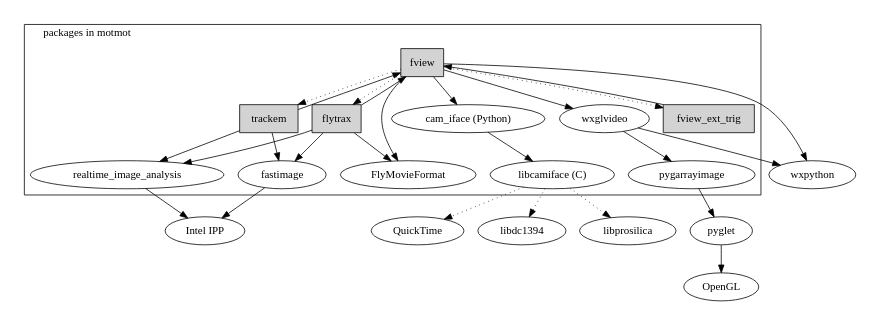
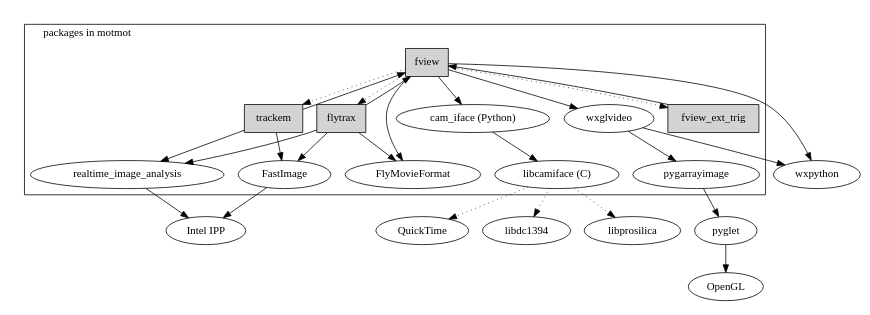
One commit to motmot/doc changed the diagram in source/motmot.dot. Above: the diagram before and after it, drawn with Graphviz.

Commit message:
docs: fix typo

```diff
--- a/source/motmot.dot
+++ b/source/motmot.dot
@@ -1,59 +1,61 @@
 digraph G {
   size ="6,4";
   subgraph cluster0 {
     cam_iface -> libcamiface;
     fview -> cam_iface;
     flytrax -> fview;
     fview_ext_trig -> fview;
     fview -> fview_ext_trig [style=dotted];
     wxglvideo -> pygarrayimage;
     fview -> wxglvideo;
     flytrax -> realtime_image_analysis;
     flytrax -> fastimage;
     fview -> FlyMovieFormat;
     flytrax -> FlyMovieFormat;
     fview -> flytrax [style=dotted];
     trackem -> fastimage;
     trackem -> realtime_image_analysis;
     fview -> trackem [style=dotted];
     trackem -> fview;
     labeljust=l;
     label = "packages in motmot";
   }
 
   libcamiface -> quicktime [style=dotted];
   libcamiface -> libdc1394 [style=dotted];
   libcamiface -> libprosilica [style=dotted];
   wxglvideo -> wxpython;
   fview -> wxpython;
   pyglet -> opengl;
   pygarrayimage -> pyglet;
   realtime_image_analysis -> ipp;
   fastimage -> ipp;
 
   libcamiface [label="libcamiface (C)"];
   cam_iface [label="cam_iface (Python)"];
 
+  fastimage [label="FastImage"];
+
   quicktime [label="QuickTime", URL="http://www.apple.com/quicktime/"];
   libdc1394 [label="libdc1394", 
              URL="http://damien.douxchamps.net/ieee1394/libdc1394/"];
   libprosilica [label="libprosilica",
                 URL="http://www.prosilica.com/"];
   ipp [label="Intel IPP", URL="http://intel.com/software/products/ipp"];
   opengl [label="OpenGL",
           URL="http://opengl.org/"];
   pyglet [URL="http://www.pyglet.org/"];
   wxpython [URL="http://www.wxpython.org/"];
 
   libcamiface [URL="file:///home/astraw/src/motmot/doc/build/html/libcamiface.html"];
   cam_iface [URL="http://code.astraw.com/projects/motmot/cam_iface.html"]
   fview [shape=box,style=filled,
          URL="http://code.astraw.com/projects/motmot/fview.html"];
   trackem [shape=box,style=filled];
   flytrax [shape=box,style=filled];
   fview_ext_trig [shape=box,style=filled,
               URL="http://code.astraw.com/projects/motmot/camtrig/OVERVIEW.html"];
   wxglvideo [URL="http://code.astraw.com/projects/motmot/wxglvideo.html"];
   pygarrayimage [URL="http://code.astraw.com/projects/motmot/pygarrayimage.html"];
   flytrax [URL="http://code.astraw.com/projects/motmot/flytrax.html"];
 }
```
